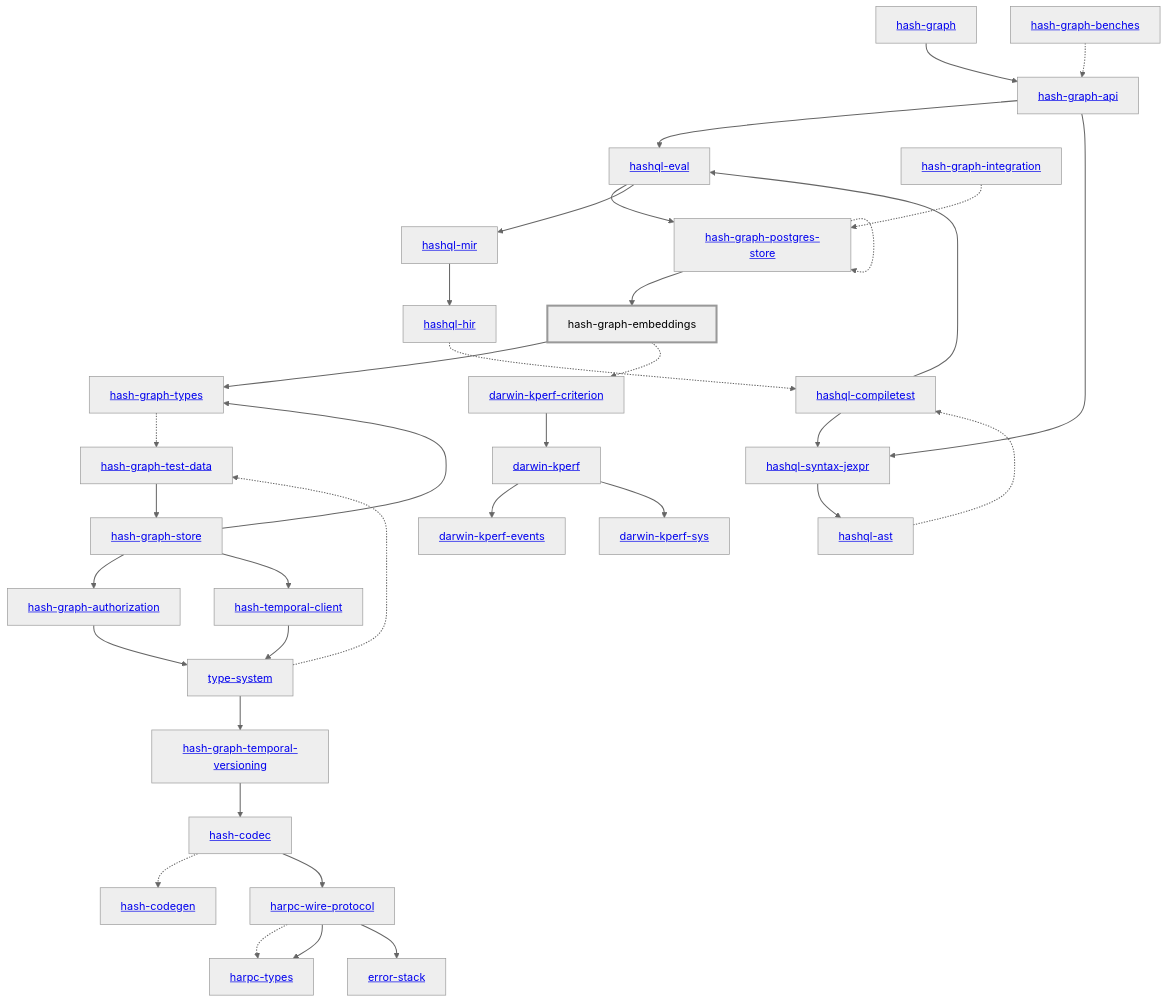
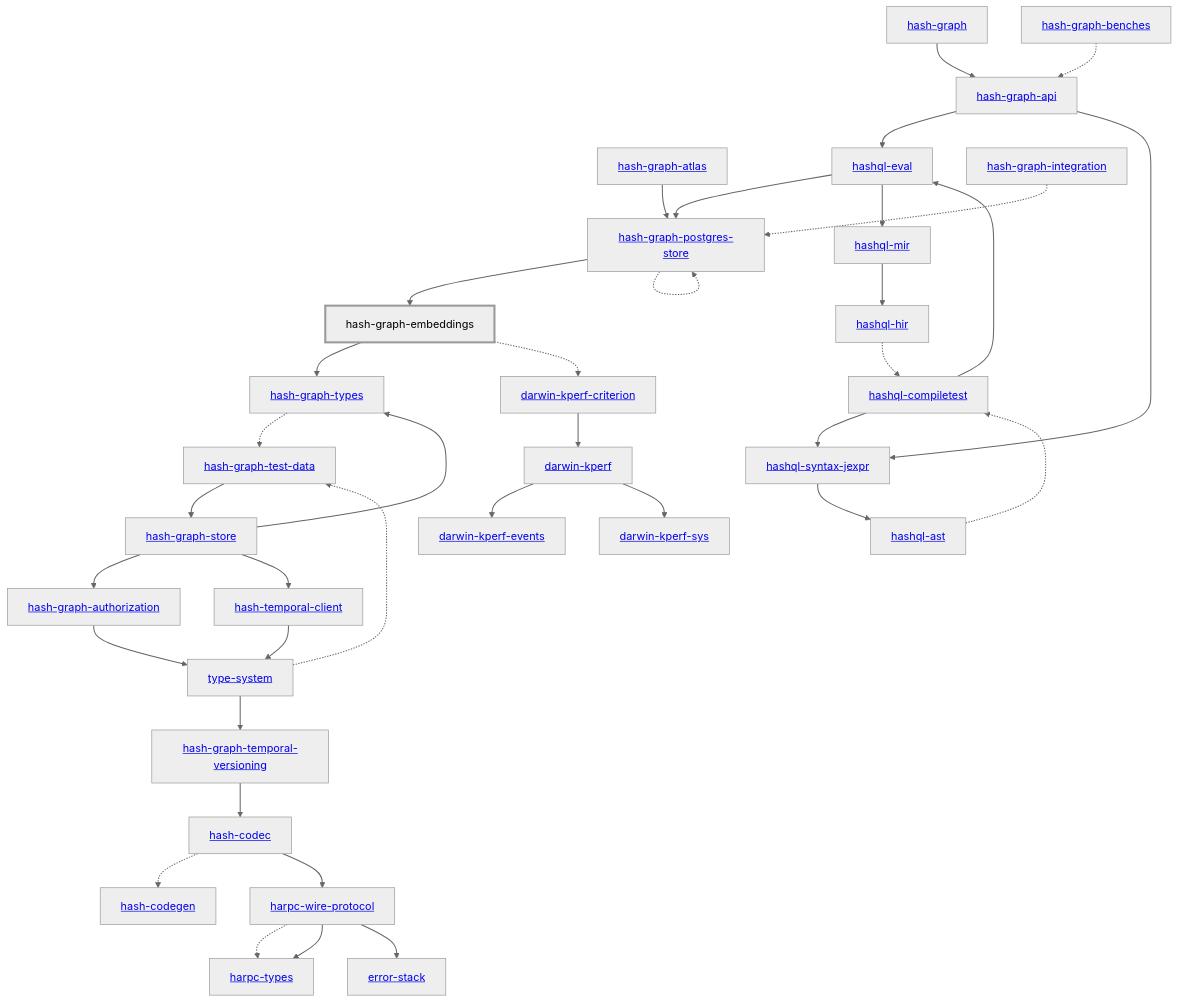
Before and after one commit to hashintel/hash: the diagram in libs/@local/graph/embeddings/docs/dependency-diagram.mmd, drawn with Mermaid (neutral theme). The commit also changed 640 other files, not shown here.

Commit message:
feat: the hash-graph-atlas crate

```diff
--- a/libs/@local/graph/embeddings/docs/dependency-diagram.mmd
+++ b/libs/@local/graph/embeddings/docs/dependency-diagram.mmd
@@ -1,74 +1,76 @@
 graph TD
     linkStyle default stroke-width:1.5px
     classDef default stroke-width:1px
     classDef root stroke-width:3px
     classDef dev stroke-width:1px
     classDef build stroke-width:1px
     %% Legend
     %% --> : Normal dependency
     %% -.-> : Dev dependency
     %% ---> : Build dependency
     0[<a href="../hash_graph/index.html">hash-graph</a>]
     1[<a href="../type_system/index.html">type-system</a>]
     2[<a href="../hash_codec/index.html">hash-codec</a>]
     3[<a href="../hash_codegen/index.html">hash-codegen</a>]
     4[<a href="../hash_graph_api/index.html">hash-graph-api</a>]
-    5[<a href="../hash_graph_authorization/index.html">hash-graph-authorization</a>]
-    6[hash-graph-embeddings]
-    class 6 root
-    7[<a href="../hash_graph_postgres_store/index.html">hash-graph-postgres-store</a>]
-    8[<a href="../hash_graph_store/index.html">hash-graph-store</a>]
-    9[<a href="../hash_graph_temporal_versioning/index.html">hash-graph-temporal-versioning</a>]
-    10[<a href="../hash_graph_types/index.html">hash-graph-types</a>]
-    11[<a href="../harpc_types/index.html">harpc-types</a>]
-    12[<a href="../harpc_wire_protocol/index.html">harpc-wire-protocol</a>]
-    13[<a href="../hashql_ast/index.html">hashql-ast</a>]
-    14[<a href="../hashql_compiletest/index.html">hashql-compiletest</a>]
-    15[<a href="../hashql_eval/index.html">hashql-eval</a>]
-    16[<a href="../hashql_hir/index.html">hashql-hir</a>]
-    17[<a href="../hashql_mir/index.html">hashql-mir</a>]
-    18[<a href="../hashql_syntax_jexpr/index.html">hashql-syntax-jexpr</a>]
-    19[<a href="../hash_temporal_client/index.html">hash-temporal-client</a>]
-    20[<a href="../darwin_kperf/index.html">darwin-kperf</a>]
-    21[<a href="../darwin_kperf_criterion/index.html">darwin-kperf-criterion</a>]
-    22[<a href="../darwin_kperf_events/index.html">darwin-kperf-events</a>]
-    23[<a href="../darwin_kperf_sys/index.html">darwin-kperf-sys</a>]
-    24[<a href="../error_stack/index.html">error-stack</a>]
-    25[<a href="../hash_graph_benches/index.html">hash-graph-benches</a>]
-    26[<a href="../hash_graph_integration/index.html">hash-graph-integration</a>]
-    27[<a href="../hash_graph_test_data/index.html">hash-graph-test-data</a>]
+    5[<a href="../hash_graph_atlas/index.html">hash-graph-atlas</a>]
+    6[<a href="../hash_graph_authorization/index.html">hash-graph-authorization</a>]
+    7[hash-graph-embeddings]
+    class 7 root
+    8[<a href="../hash_graph_postgres_store/index.html">hash-graph-postgres-store</a>]
+    9[<a href="../hash_graph_store/index.html">hash-graph-store</a>]
+    10[<a href="../hash_graph_temporal_versioning/index.html">hash-graph-temporal-versioning</a>]
+    11[<a href="../hash_graph_types/index.html">hash-graph-types</a>]
+    12[<a href="../harpc_types/index.html">harpc-types</a>]
+    13[<a href="../harpc_wire_protocol/index.html">harpc-wire-protocol</a>]
+    14[<a href="../hashql_ast/index.html">hashql-ast</a>]
+    15[<a href="../hashql_compiletest/index.html">hashql-compiletest</a>]
+    16[<a href="../hashql_eval/index.html">hashql-eval</a>]
+    17[<a href="../hashql_hir/index.html">hashql-hir</a>]
+    18[<a href="../hashql_mir/index.html">hashql-mir</a>]
+    19[<a href="../hashql_syntax_jexpr/index.html">hashql-syntax-jexpr</a>]
+    20[<a href="../hash_temporal_client/index.html">hash-temporal-client</a>]
+    21[<a href="../darwin_kperf/index.html">darwin-kperf</a>]
+    22[<a href="../darwin_kperf_criterion/index.html">darwin-kperf-criterion</a>]
+    23[<a href="../darwin_kperf_events/index.html">darwin-kperf-events</a>]
+    24[<a href="../darwin_kperf_sys/index.html">darwin-kperf-sys</a>]
+    25[<a href="../error_stack/index.html">error-stack</a>]
+    26[<a href="../hash_graph_benches/index.html">hash-graph-benches</a>]
+    27[<a href="../hash_graph_integration/index.html">hash-graph-integration</a>]
+    28[<a href="../hash_graph_test_data/index.html">hash-graph-test-data</a>]
     0 --> 4
-    1 --> 9
-    1 -.-> 27
+    1 --> 10
+    1 -.-> 28
     2 -.-> 3
-    2 --> 12
-    4 --> 15
-    4 --> 18
-    5 --> 1
-    6 --> 10
-    6 -.-> 21
-    7 --> 6
-    7 -.-> 7
-    8 --> 5
-    8 --> 10
-    8 --> 19
-    9 --> 2
-    10 -.-> 27
-    12 -.-> 11
-    12 --> 11
-    12 --> 24
-    13 -.-> 14
-    14 --> 15
-    14 --> 18
-    15 --> 7
-    15 --> 17
-    16 -.-> 14
-    17 --> 16
-    18 --> 13
-    19 --> 1
-    20 --> 22
-    20 --> 23
-    21 --> 20
-    25 -.-> 4
-    26 -.-> 7
-    27 --> 8
+    2 --> 13
+    4 --> 16
+    4 --> 19
+    5 --> 8
+    6 --> 1
+    7 --> 11
+    7 -.-> 22
+    8 --> 7
+    8 -.-> 8
+    9 --> 6
+    9 --> 11
+    9 --> 20
+    10 --> 2
+    11 -.-> 28
+    13 -.-> 12
+    13 --> 12
+    13 --> 25
+    14 -.-> 15
+    15 --> 16
+    15 --> 19
+    16 --> 8
+    16 --> 18
+    17 -.-> 15
+    18 --> 17
+    19 --> 14
+    20 --> 1
+    21 --> 23
+    21 --> 24
+    22 --> 21
+    26 -.-> 4
+    27 -.-> 8
+    28 --> 9
```
